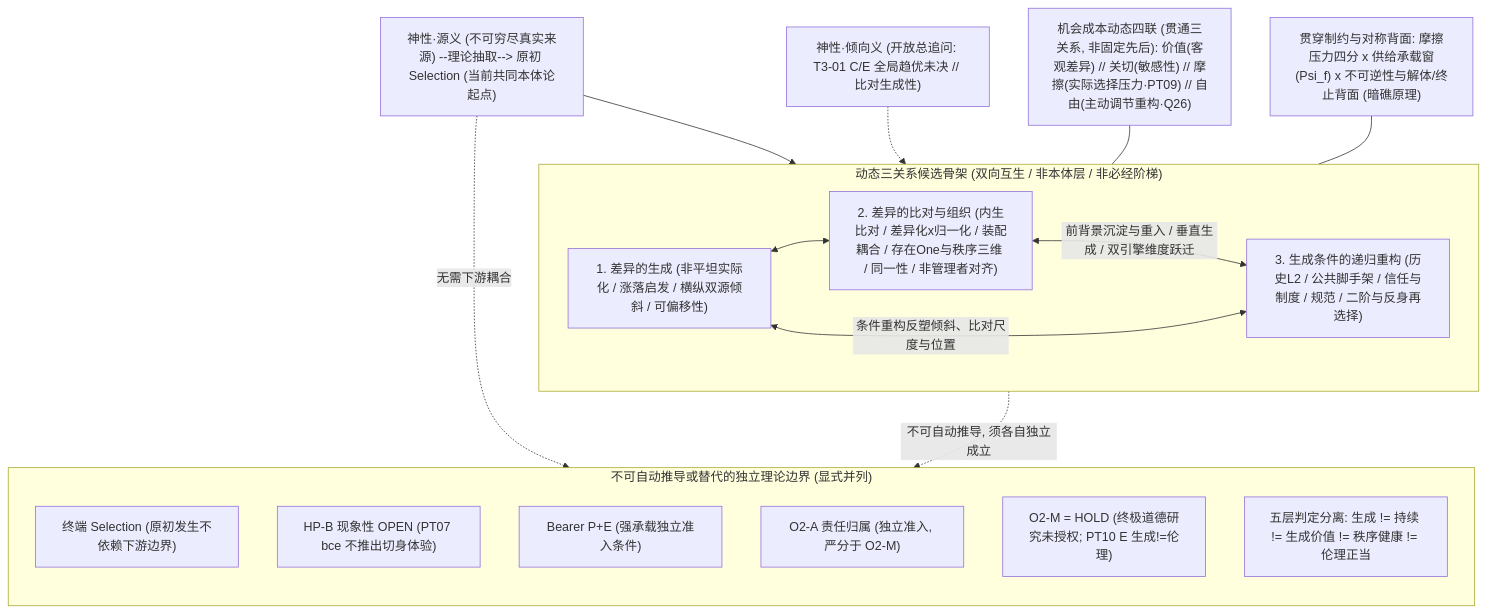
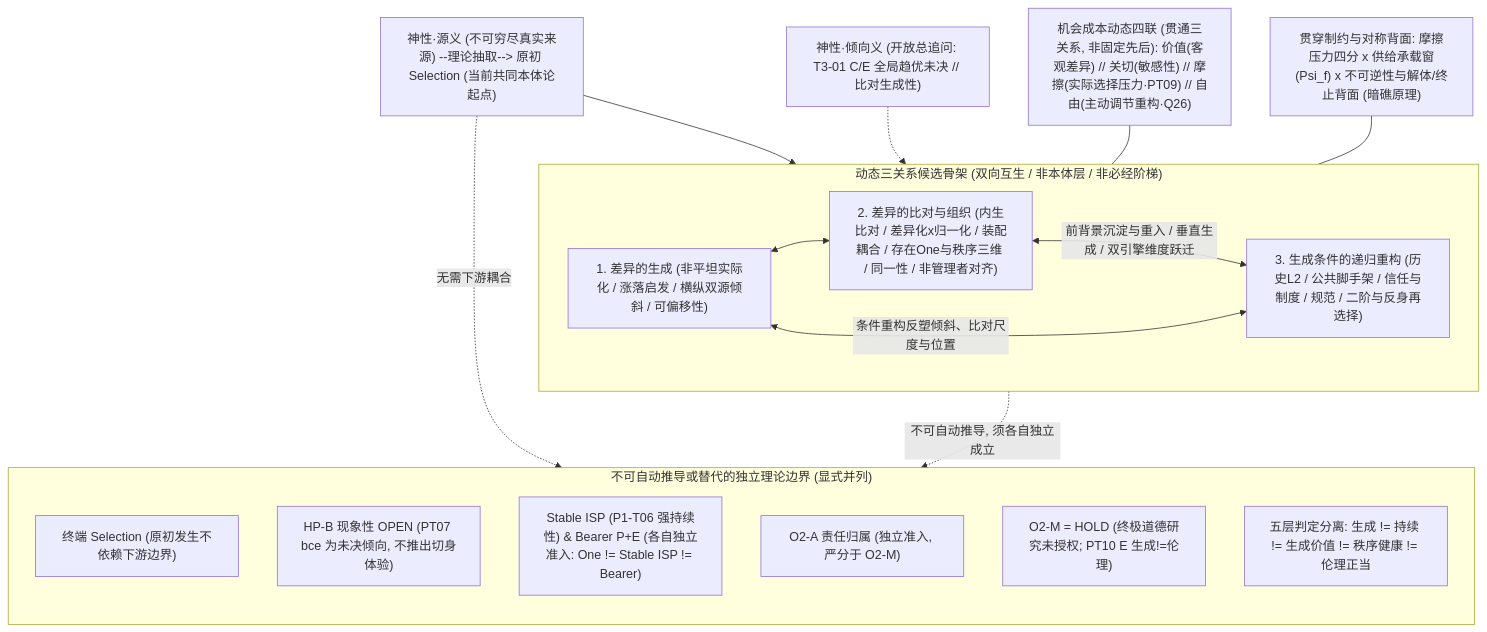
One commit to zyx1st-png/SRT-Pub changed the diagram in Operations/Proposals/SRT_R3_FULL_SKELETON_CLOSEOUT_GLOBAL_SUBTRACTION_2026-11-25.md. Above: the diagram before and after it, drawn with Mermaid. The commit also changed other lines of this file and 2 other files, not shown here.

````diff
--- a/Operations/Proposals/SRT_R3_FULL_SKELETON_CLOSEOUT_GLOBAL_SUBTRACTION_2026-11-25.md
+++ b/Operations/Proposals/SRT_R3_FULL_SKELETON_CLOSEOUT_GLOBAL_SUBTRACTION_2026-11-25.md
@@ -107,35 +107,35 @@
 ```mermaid
 flowchart TD
     SRC["神性·源义 (不可穷尽真实来源) --理论抽取--> 原初 Selection (当前共同本体论起点)"]
     TOP["神性·倾向义 (开放总追问: T3-01 C/E 全局趋优未决 // 比对生成性)"]
 
     subgraph CORE["动态三关系候选骨架 (双向互生 / 非本体层 / 非必经阶梯)"]
         direction LR
         R1["1. 差异的生成 (非平坦实际化 / 涨落启发 / 横纵双源倾斜 / 可偏移性)"]
         R2["2. 差异的比对与组织 (内生比对 / 差异化x归一化 / 装配耦合 / 存在One与秩序三维 / 同一性 / 非管理者对齐)"]
         R3["3. 生成条件的递归重构 (历史L2 / 公共脚手架 / 信任与制度 / 规范 / 二阶与反身再选择)"]
         R1 <--> R2
         R2 <-->|"前背景沉淀与重入 / 垂直生成 / 双引擎维度跃迁"| R3
         R3 <-->|"条件重构反塑倾斜、比对尺度与位置"| R1
     end
 
     QUAD["机会成本动态四联 (贯通三关系, 非固定先后): 价值(客观差异) // 关切(敏感性) // 摩擦(实际选择压力·PT09) // 自由(主动调节重构·Q26)"]
     BOT["贯穿制约与对称背面: 摩擦压力四分 x 供给承载窗(Psi_f) x 不可逆性与解体/终止背面 (暗礁原理)"]
 
     subgraph BOUNDS["不可自动推导或替代的独立理论边界 (显式并列)"]
         direction TB
         B1["终端 Selection (原初发生不依赖下游边界)"]
-        B2["HP-B 现象性 OPEN (PT07 bce 不推出切身体验)"]
-        B3["Bearer P+E (强承载独立准入条件)"]
+        B2["HP-B 现象性 OPEN (PT07 bce 为未决倾向, 不推出切身体验)"]
+        B3["Stable ISP (P1-T06 强持续性) & Bearer P+E (各自独立准入: One != Stable ISP != Bearer)"]
         B4["O2-A 责任归属 (独立准入, 严分于 O2-M)"]
         B5["O2-M = HOLD (终极道德研究未授权; PT10 E 生成!=伦理)"]
         B6["五层判定分离: 生成 != 持续 != 生成价值 != 秩序健康 != 伦理正当"]
     end
 
     SRC --> CORE
     TOP -.-> CORE
     QUAD --- CORE
     BOT --- CORE
     SRC -.->|"无需下游耦合"| B1
     CORE -.->|"不可自动推导, 须各自独立成立"| BOUNDS
 ```
````
